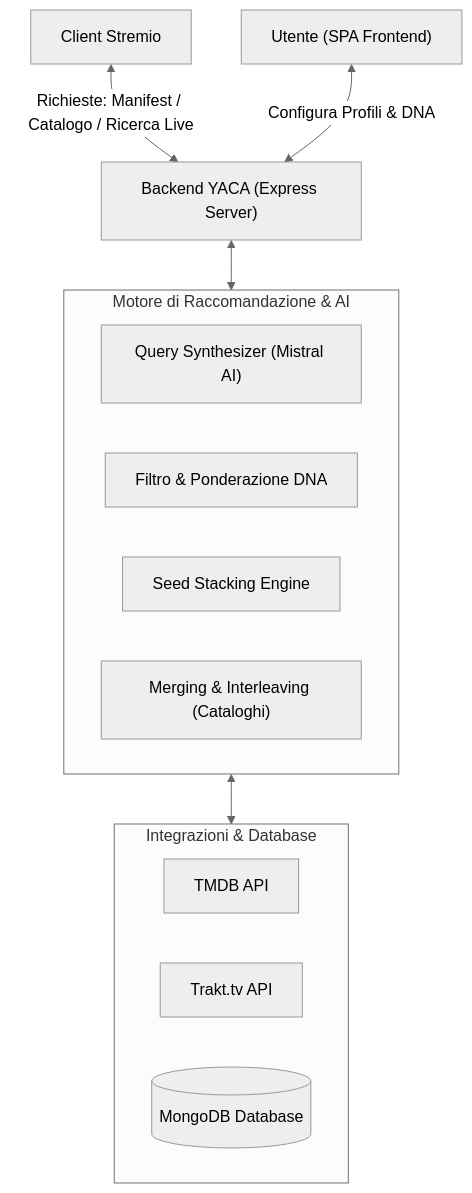
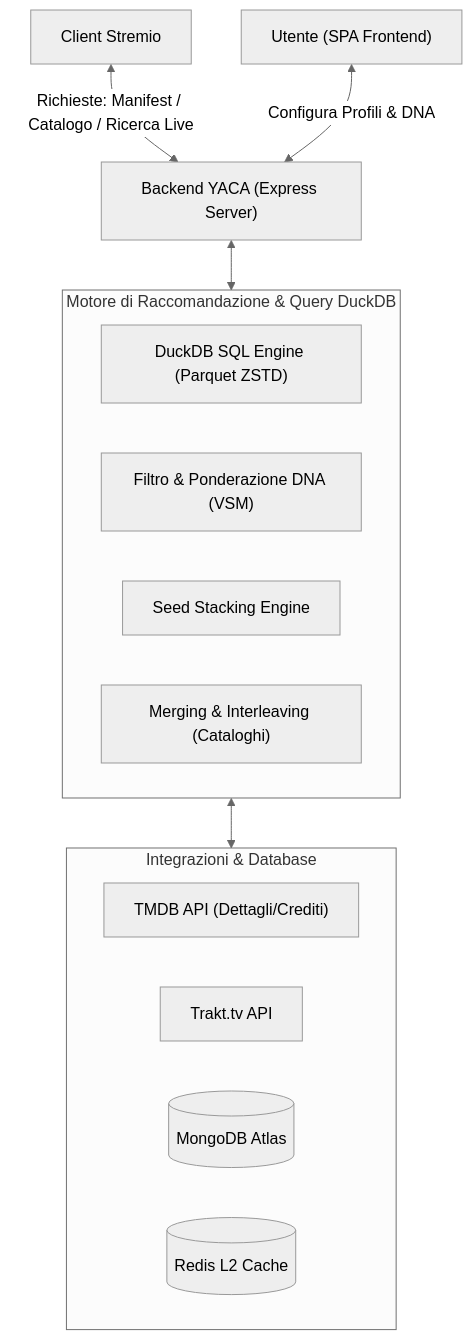
The diagram in docs/INDEX.md (gabrielefuoco/YACA), drawn with Mermaid (neutral theme) before and after one commit. The commit also changed other lines of this file and 12 other files, not shown here.

Commit message:
docs: update docs, tools and tests to align with Redis L2, DuckDB and active toolbelt

````diff
--- a/docs/INDEX.md
+++ b/docs/INDEX.md
@@ -15,22 +17,23 @@
 ```mermaid
 graph TD
     Stremio["Client Stremio"] <--> |Richieste: Manifest / Catalogo / Ricerca Live| Backend["Backend YACA (Express Server)"]
     
-    subgraph Engine ["Motore di Raccomandazione & AI"]
-        QuerySyn["Query Synthesizer (Mistral AI)"]
-        DnaEngine["Filtro & Ponderazione DNA"]
+    subgraph Engine ["Motore di Raccomandazione & Query DuckDB"]
+        DuckDBEngine["DuckDB SQL Engine (Parquet ZSTD)"]
+        DnaEngine["Filtro & Ponderazione DNA (VSM)"]
         SeedEngine["Seed Stacking Engine"]
         MergeEngine["Merging & Interleaving (Cataloghi)"]
     end
     
     subgraph Data ["Integrazioni & Database"]
-        TMDB["TMDB API"]
+        TMDB["TMDB API (Dettagli/Crediti)"]
         Trakt["Trakt.tv API"]
-        Mongo[(MongoDB Database)]
+        Mongo[(MongoDB Atlas)]
+        Redis[(Redis L2 Cache)]
     end
     
     Backend <--> Engine
     Engine <--> Data
     
     Utente["Utente (SPA Frontend)"] <--> |Configura Profili & DNA| Backend
 ```
````
